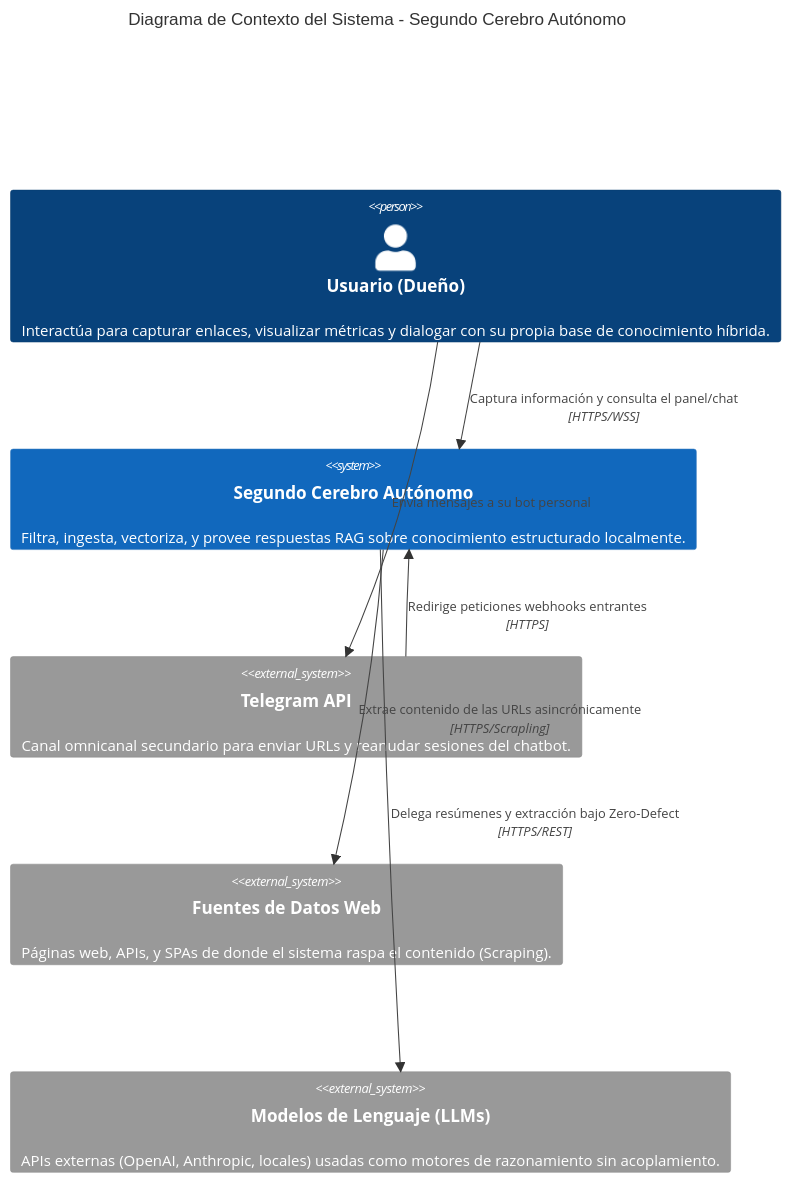
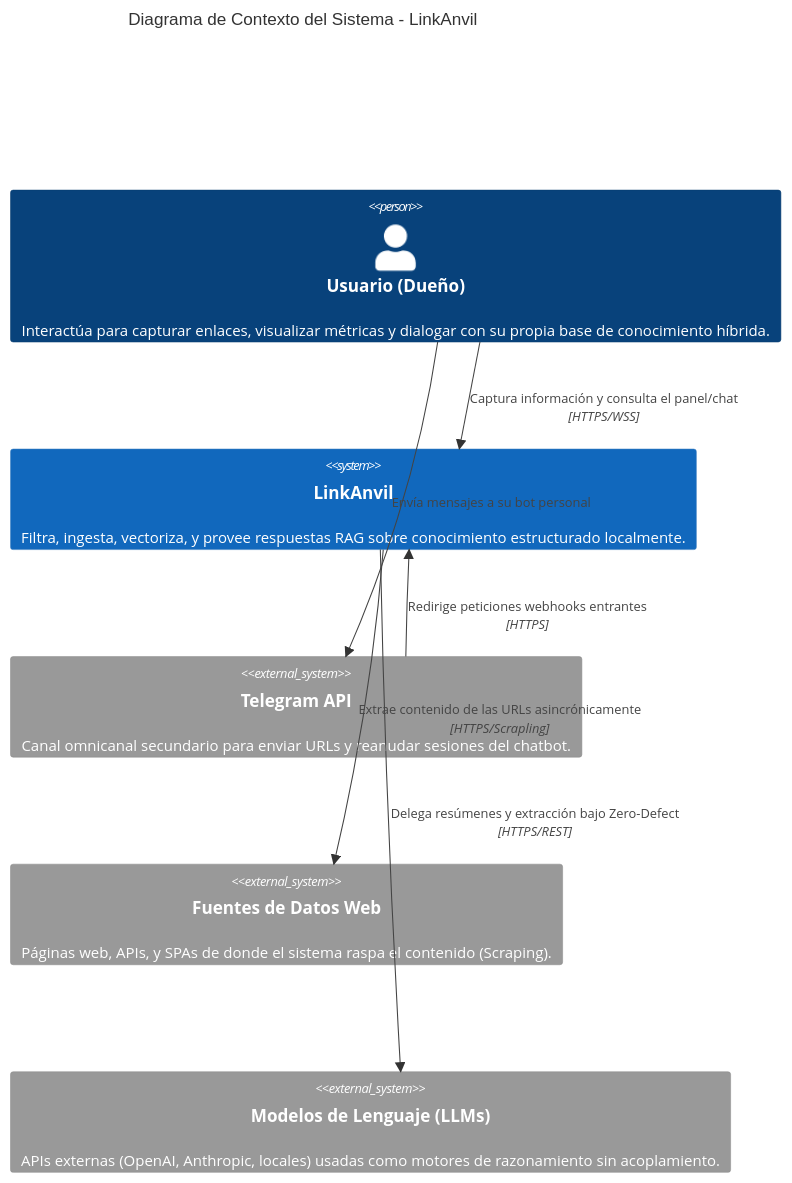
One commit to sylfG/linkanvil changed the first of 3 diagrams in docs/src/3_c4_diagrams.md. Above: the diagram before and after it, drawn with Mermaid. The commit also changed 16 other files, not shown here.

Commit message:
refactor(docs): update project name from "Segundo Cerebro Autónomo" to "LinkAnvil" across documentation and configuration files

````diff
--- a/docs/src/3_c4_diagrams.md
+++ b/docs/src/3_c4_diagrams.md
@@ -11,18 +11,18 @@
 ```mermaid
 C4Context
-    title Diagrama de Contexto del Sistema - Segundo Cerebro Autónomo
+    title Diagrama de Contexto del Sistema - LinkAnvil
     
     Person(usuario, "Usuario (Dueño)", "Interactúa para capturar enlaces, visualizar métricas y dialogar con su propia base de conocimiento híbrida.")
     
-    System(cerebro, "Segundo Cerebro Autónomo", "Filtra, ingesta, vectoriza, y provee respuestas RAG sobre conocimiento estructurado localmente.")
+    System(cerebro, "LinkAnvil", "Filtra, ingesta, vectoriza, y provee respuestas RAG sobre conocimiento estructurado localmente.")
     
     System_Ext(telegram, "Telegram API", "Canal omnicanal secundario para enviar URLs y reanudar sesiones del chatbot.")
     System_Ext(fuentes, "Fuentes de Datos Web", "Páginas web, APIs, y SPAs de donde el sistema raspa el contenido (Scraping).")
     System_Ext(llms, "Modelos de Lenguaje (LLMs)", "APIs externas (OpenAI, Anthropic, locales) usadas como motores de razonamiento sin acoplamiento.")
     
     Rel(usuario, cerebro, "Captura información y consulta el panel/chat", "HTTPS/WSS")
     Rel(usuario, telegram, "Envía mensajes a su bot personal")
     Rel(telegram, cerebro, "Redirige peticiones webhooks entrantes", "HTTPS")
     Rel(cerebro, fuentes, "Extrae contenido de las URLs asincrónicamente", "HTTPS/Scrapling")
     Rel(cerebro, llms, "Delega resúmenes y extracción bajo Zero-Defect", "HTTPS/REST")
 ```
````
